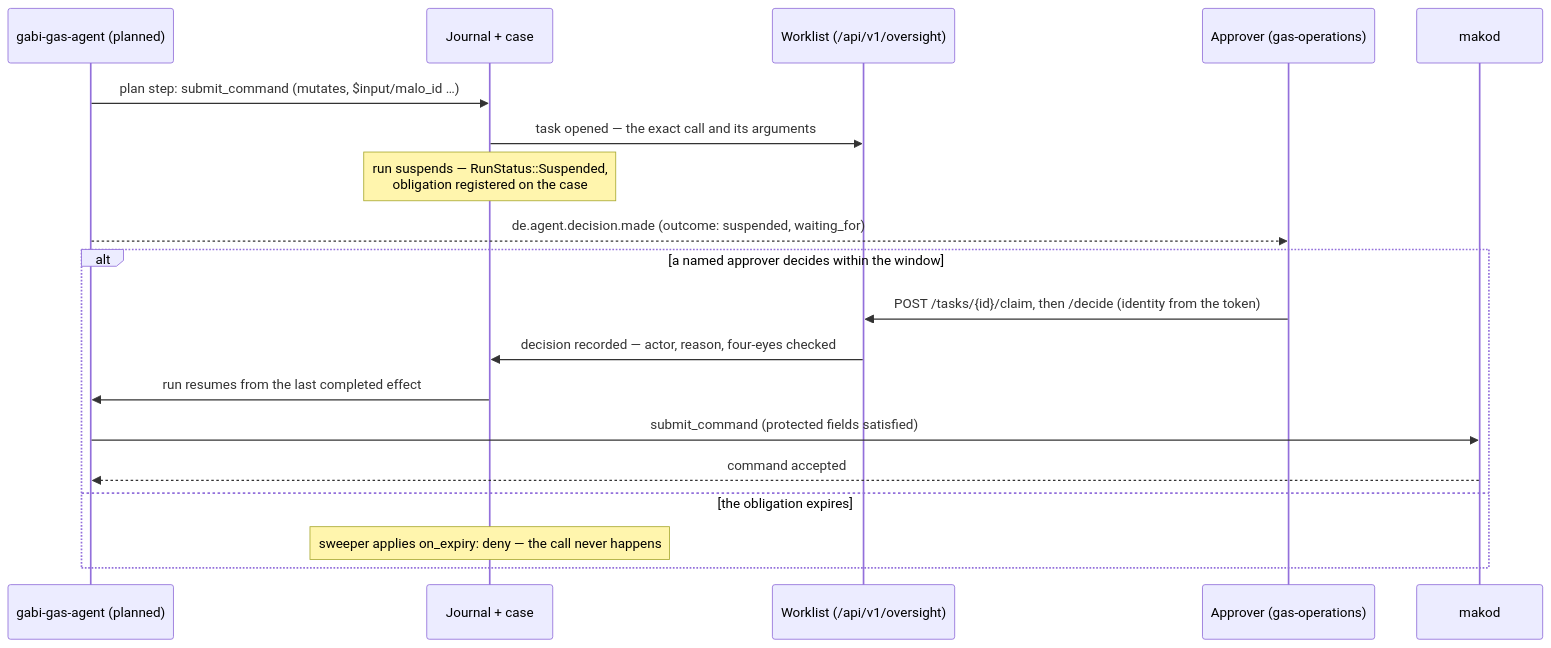
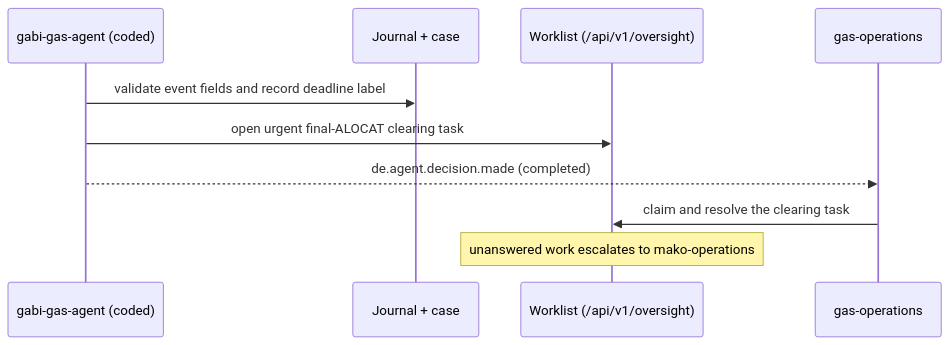
Before and after one commit to hupe1980/mako: the third of 4 diagrams in site/content/docs/services/agentd.md, drawn with Mermaid. The commit also changed other lines of this file and 80 other files, not shown here.

````diff
--- a/site/content/docs/services/agentd.md
+++ b/site/content/docs/services/agentd.md
@@ -694,22 +660,13 @@
 ```mermaid
 sequenceDiagram
-    participant A as gabi-gas-agent (planned)
+    participant A as gabi-gas-agent (coded)
     participant J as Journal + case
     participant W as Worklist (/api/v1/oversight)
-    participant H as Approver (gas-operations)
-    participant M as makod
+    participant H as gas-operations
 
-    A->>J: plan step: submit_command (mutates, $input/malo_id …)
-    J->>W: task opened — the exact call and its arguments
-    Note over J: run suspends — RunStatus::Suspended,<br/>obligation registered on the case
-    A-->>H: de.agent.decision.made (outcome: suspended, waiting_for)
-    alt a named approver decides within the window
-        H->>W: POST /tasks/{id}/claim, then /decide (identity from the token)
-        W->>J: decision recorded — actor, reason, four-eyes checked
-        J->>A: run resumes from the last completed effect
-        A->>M: submit_command (protected fields satisfied)
-        M-->>A: command accepted
-    else the obligation expires
-        Note over J: sweeper applies on_expiry: deny — the call never happens
-    end
+    A->>J: validate event fields and record deadline label
+    A->>W: open urgent final-ALOCAT clearing task
+    A-->>H: de.agent.decision.made (completed)
+    H->>W: claim and resolve the clearing task
+    Note over W: unanswered work escalates to mako-operations
 ```
````
